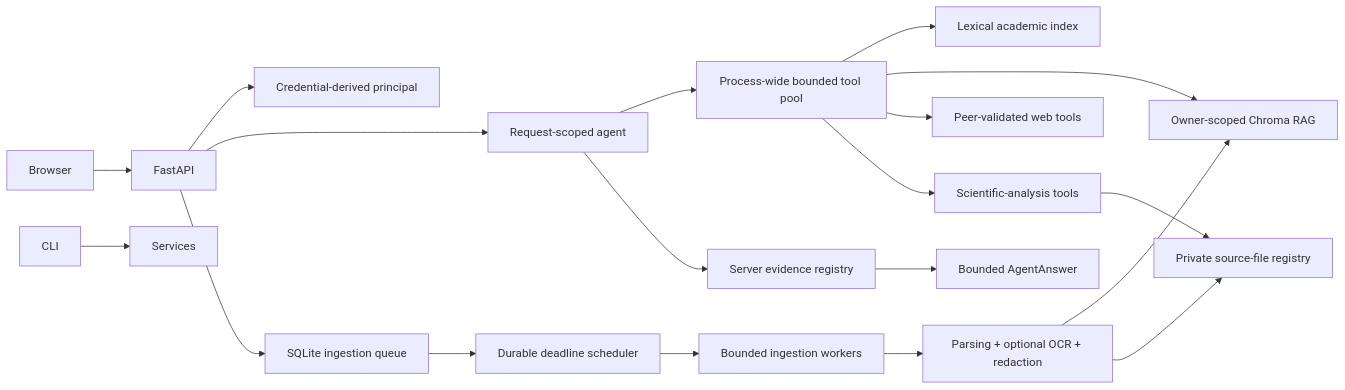
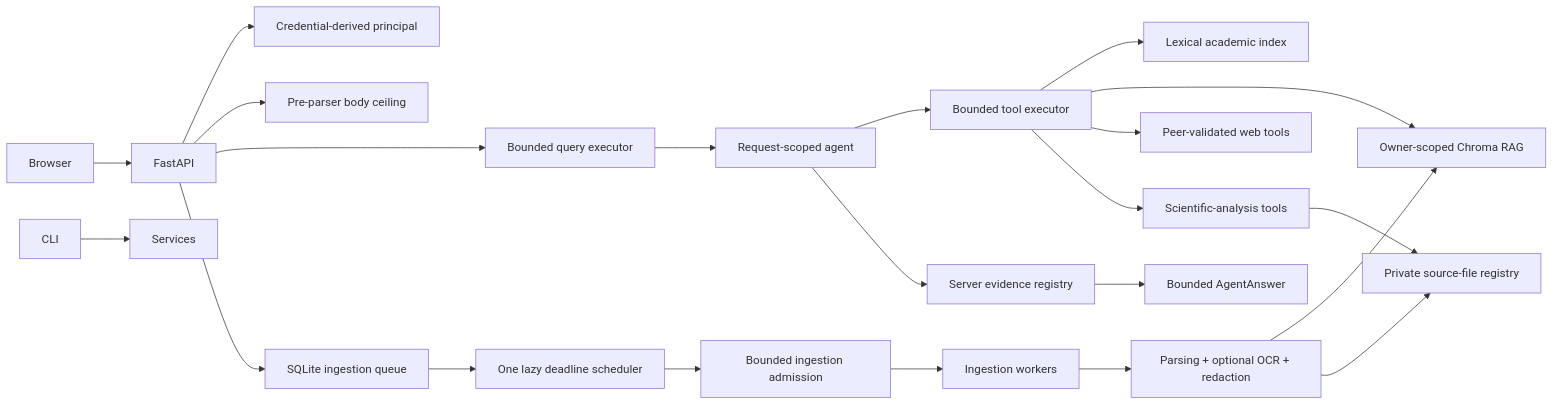
One commit to Anurag9000/RigorousRAG changed the diagram in README.md. Above: the diagram before and after it, drawn with Mermaid. The commit also changed other lines of this file, not shown here.

Commit message:
Document bounded request and visual execution

````diff
--- a/README.md
+++ b/README.md
@@ -17,21 +17,24 @@
 ```mermaid
 graph LR
     Browser --> FastAPI
     CLI --> Services
     FastAPI --> Principal[Credential-derived principal]
-    FastAPI --> Agent[Request-scoped agent]
+    FastAPI --> BodyLimit[Pre-parser body ceiling]
+    FastAPI --> QueryPool[Bounded query executor]
+    QueryPool --> Agent[Request-scoped agent]
     FastAPI --> Queue[SQLite ingestion queue]
-    Queue --> Scheduler[Durable deadline scheduler]
-    Scheduler --> Workers[Bounded ingestion workers]
+    Queue --> Scheduler[One lazy deadline scheduler]
+    Scheduler --> Admission[Bounded ingestion admission]
+    Admission --> Workers[Ingestion workers]
     Workers --> Parser[Parsing + optional OCR + redaction]
     Parser --> RAG[Owner-scoped Chroma RAG]
     Parser --> Registry[Private source-file registry]
-    Agent --> ToolPool[Process-wide bounded tool pool]
+    Agent --> ToolPool[Bounded tool executor]
     ToolPool --> Academic[Lexical academic index]
     ToolPool --> RAG
     ToolPool --> Web[Peer-validated web tools]
     ToolPool --> Integrity[Scientific-analysis tools]
     Integrity --> Registry
     Agent --> Evidence[Server evidence registry]
     Evidence --> Answer[Bounded AgentAnswer]
 ```
````
